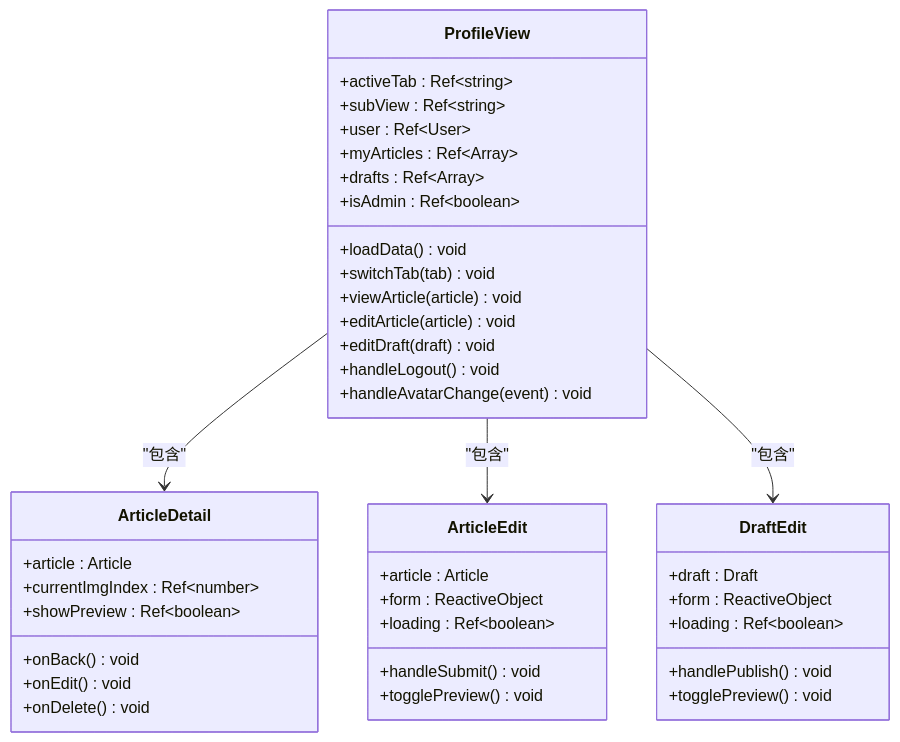
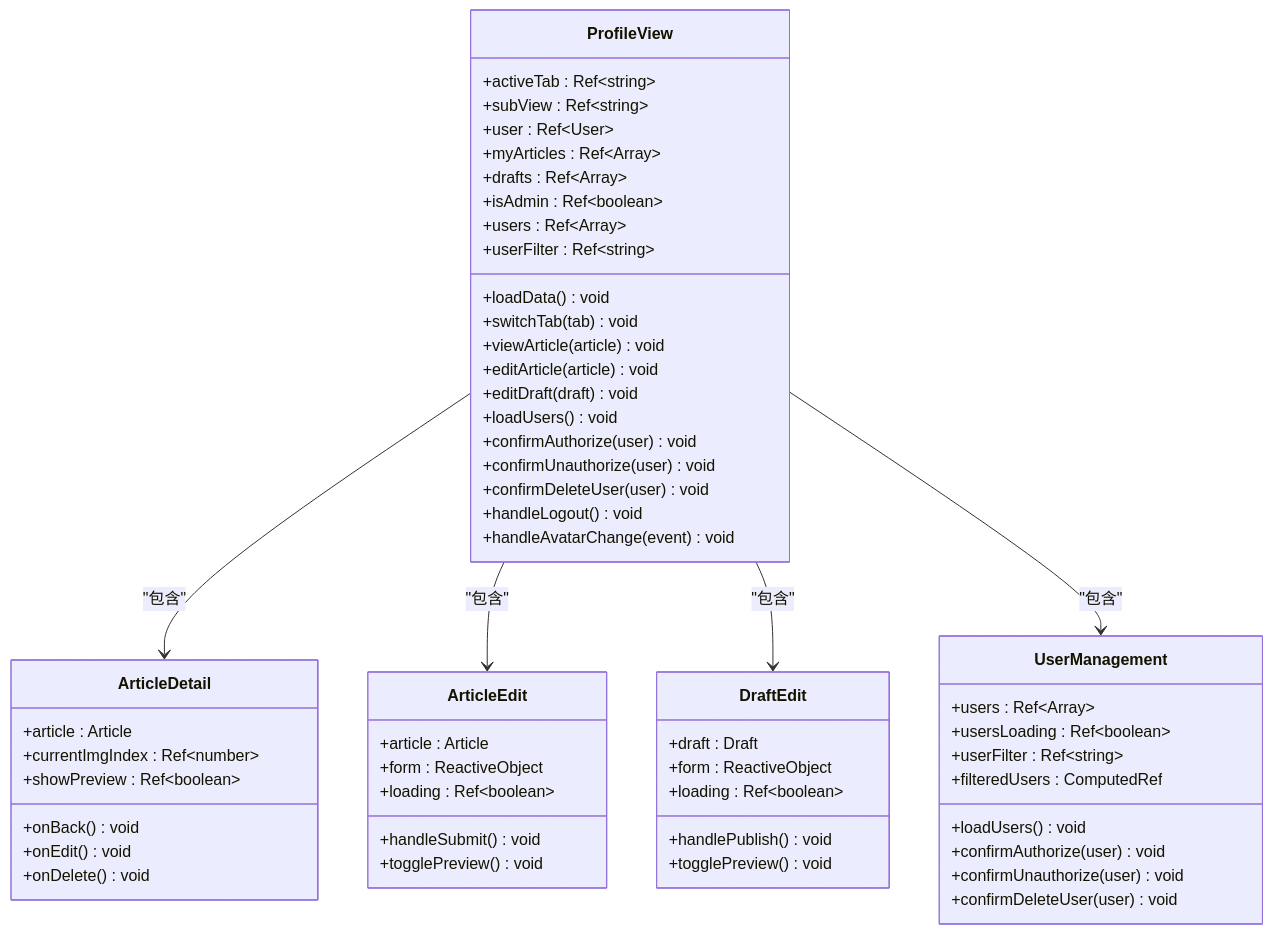
One commit to 20164206160/zhishilu changed the third of 11 diagrams in .qoder/repowiki/zh/content/Profile View.md. Above: the diagram before and after it, drawn with Mermaid. The commit also changed other lines of this file and 11 other files, not shown here.

````diff
--- a/.qoder/repowiki/zh/content/Profile View.md
+++ b/.qoder/repowiki/zh/content/Profile View.md
@@ -155,43 +177,60 @@
 ```mermaid
 classDiagram
 class ProfileView {
 +activeTab : Ref~string~
 +subView : Ref~string~
 +user : Ref~User~
 +myArticles : Ref~Array~
 +drafts : Ref~Array~
 +isAdmin : Ref~boolean~
++users : Ref~Array~
++userFilter : Ref~string~
 +loadData() void
 +switchTab(tab) void
 +viewArticle(article) void
 +editArticle(article) void
 +editDraft(draft) void
++loadUsers() void
++confirmAuthorize(user) void
++confirmUnauthorize(user) void
++confirmDeleteUser(user) void
 +handleLogout() void
 +handleAvatarChange(event) void
 }
 class ArticleDetail {
 +article : Article
 +currentImgIndex : Ref~number~
 +showPreview : Ref~boolean~
 +onBack() void
 +onEdit() void
 +onDelete() void
 }
 class ArticleEdit {
 +article : Article
 +form : ReactiveObject
 +loading : Ref~boolean~
 +handleSubmit() void
 +togglePreview() void
 }
 class DraftEdit {
 +draft : Draft
 +form : ReactiveObject
 +loading : Ref~boolean~
 +handlePublish() void
 +togglePreview() void
 }
+class UserManagement {
++users : Ref~Array~
++usersLoading : Ref~boolean~
++userFilter : Ref~string~
++filteredUsers : ComputedRef
++loadUsers() void
++confirmAuthorize(user) void
++confirmUnauthorize(user) void
++confirmDeleteUser(user) void
+}
 ProfileView --> ArticleDetail : "包含"
 ProfileView --> ArticleEdit : "包含"
 ProfileView --> DraftEdit : "包含"
+ProfileView --> UserManagement : "包含"
 ```
````
